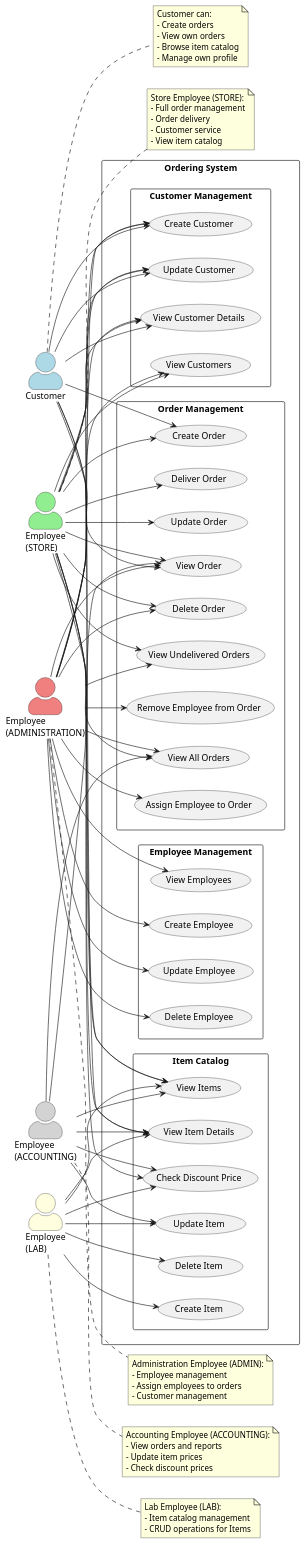
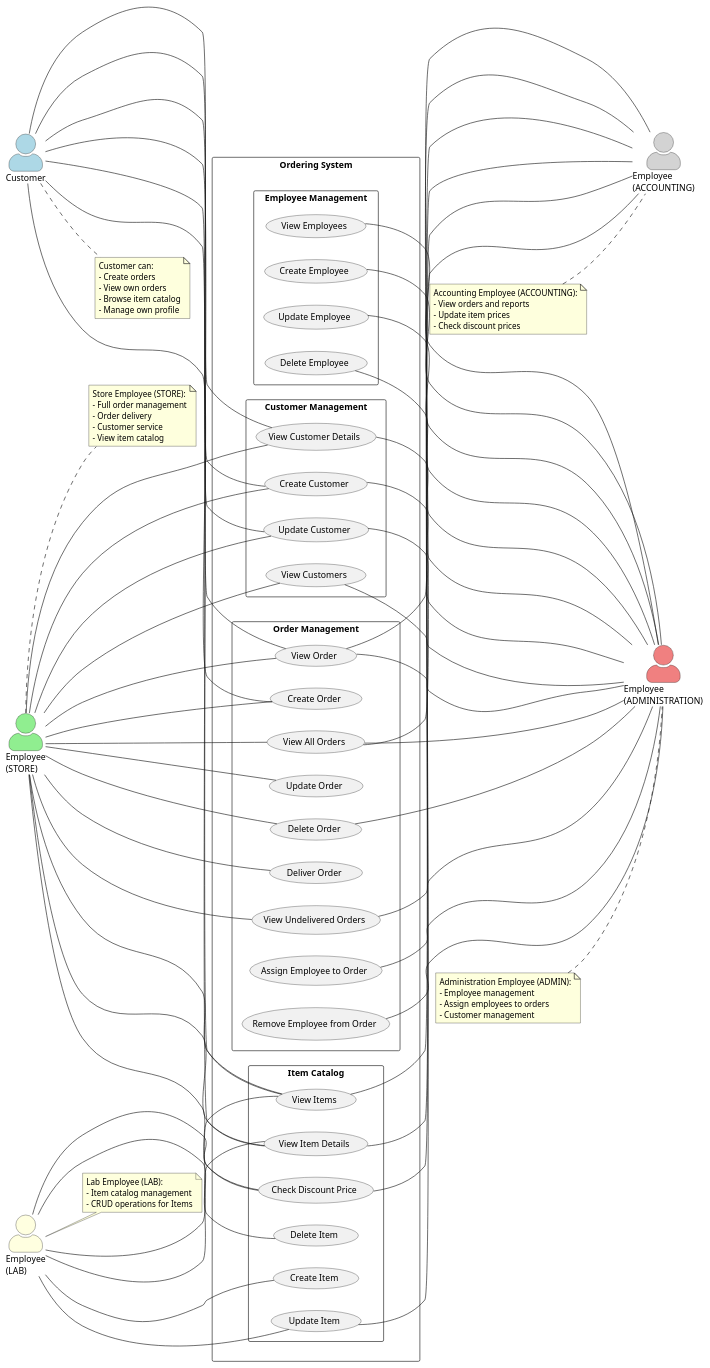
Before and after one commit to MacU55/Ordering-app-pet: the diagram in uml_examples/use_case_diagram.puml, drawn with PlantUML. The commit also changed 1 other file, not shown here.

Commit message:
refactoring; rearrange use-case diagramm

```diff
--- a/uml_examples/use_case_diagram.puml
+++ b/uml_examples/use_case_diagram.puml
@@ -1,151 +1,149 @@
 @startuml Use Case Diagram - Ordering System
 
 left to right direction
 skinparam packageStyle rectangle
 skinparam actorStyle awesome
 
 ' ===== ACTORS =====
 actor "Customer" as customer #lightblue
 actor "Employee\n(STORE)" as emp_store #lightgreen
 actor "Employee\n(LAB)" as emp_lab #lightyellow
 actor "Employee\n(ADMINISTRATION)" as emp_admin #lightcoral
 actor "Employee\n(ACCOUNTING)" as emp_accounting #lightgray
 
 ' ===== SYSTEM BOUNDARY =====
 rectangle "Ordering System" {
-    
-    ' --- Order Management ---
-    package "Order Management" {
-        usecase "Create Order" as UC_CREATE_ORDER
-        usecase "View Order" as UC_VIEW_ORDER
-        usecase "View All Orders" as UC_VIEW_ALL_ORDERS
-        usecase "Update Order" as UC_UPDATE_ORDER
-        usecase "Delete Order" as UC_DELETE_ORDER
-        usecase "Deliver Order" as UC_DELIVER_ORDER
-        usecase "View Undelivered Orders" as UC_UNDELIVERED
-        usecase "Assign Employee to Order" as UC_ASSIGN_EMP
-        usecase "Remove Employee from Order" as UC_REMOVE_EMP
+    left to right direction
+
+    together {
+        package "Order Management" {
+            usecase "Create Order" as UC_CREATE_ORDER
+            usecase "View Order" as UC_VIEW_ORDER
+            usecase "View All Orders" as UC_VIEW_ALL_ORDERS
+            usecase "Update Order" as UC_UPDATE_ORDER
+            usecase "Delete Order" as UC_DELETE_ORDER
+            usecase "Deliver Order" as UC_DELIVER_ORDER
+            usecase "View Undelivered Orders" as UC_UNDELIVERED
+            usecase "Assign Employee to Order" as UC_ASSIGN_EMP
+            usecase "Remove Employee from Order" as UC_REMOVE_EMP
+        }
+        package "Item Catalog" {
+            usecase "View Items" as UC_VIEW_ITEMS
+            usecase "View Item Details" as UC_VIEW_ITEM
+            usecase "Create Item" as UC_CREATE_ITEM
+            usecase "Update Item" as UC_UPDATE_ITEM
+            usecase "Delete Item" as UC_DELETE_ITEM
+            usecase "Check Discount Price" as UC_DISCOUNT
+        }
     }
-    
-    ' --- Item Catalog ---
-    package "Item Catalog" {
-        usecase "View Items" as UC_VIEW_ITEMS
-        usecase "View Item Details" as UC_VIEW_ITEM
-        usecase "Create Item" as UC_CREATE_ITEM
-        usecase "Update Item" as UC_UPDATE_ITEM
-        usecase "Delete Item" as UC_DELETE_ITEM
-        usecase "Check Discount Price" as UC_DISCOUNT
+    together {
+        package "Employee Management" {
+            usecase "View Employees" as UC_VIEW_EMPLOYEES
+            usecase "Create Employee" as UC_CREATE_EMPLOYEE
+            usecase "Update Employee" as UC_UPDATE_EMPLOYEE
+            usecase "Delete Employee" as UC_DELETE_EMPLOYEE
+        }
+        package "Customer Management" {
+            usecase "View Customers" as UC_VIEW_CUSTOMERS
+            usecase "View Customer Details" as UC_VIEW_CUSTOMER
+            usecase "Create Customer" as UC_CREATE_CUSTOMER
+            usecase "Update Customer" as UC_UPDATE_CUSTOMER
+        }
     }
-    
-    ' --- Employee Management ---
-    package "Employee Management" {
-        usecase "View Employees" as UC_VIEW_EMPLOYEES
-        usecase "Create Employee" as UC_CREATE_EMPLOYEE
-        usecase "Update Employee" as UC_UPDATE_EMPLOYEE
-        usecase "Delete Employee" as UC_DELETE_EMPLOYEE
-    }
-    
-    ' --- Customer Management ---
-    package "Customer Management" {
-        usecase "View Customers" as UC_VIEW_CUSTOMERS
-        usecase "View Customer Details" as UC_VIEW_CUSTOMER
-        usecase "Create Customer" as UC_CREATE_CUSTOMER
-        usecase "Update Customer" as UC_UPDATE_CUSTOMER
-    }
+
+    ' ===== CUSTOMER ASSOCIATIONS =====
+    customer --- UC_CREATE_ORDER
+    customer --- UC_VIEW_ORDER
+    customer --- UC_VIEW_ITEMS
+    customer --- UC_VIEW_ITEM
+    customer --- UC_VIEW_CUSTOMER
+    customer --- UC_CREATE_CUSTOMER
+    customer --- UC_UPDATE_CUSTOMER
+
+    ' ===== EMPLOYEE STORE ASSOCIATIONS =====
+    emp_store --- UC_CREATE_ORDER
+    emp_store --- UC_VIEW_ORDER
+    emp_store --- UC_VIEW_ALL_ORDERS
+    emp_store --- UC_UPDATE_ORDER
+    emp_store --- UC_DELETE_ORDER
+    emp_store --- UC_DELIVER_ORDER
+    emp_store --- UC_UNDELIVERED
+    emp_store --- UC_VIEW_ITEMS
+    emp_store --- UC_VIEW_ITEM
+    emp_store --- UC_DISCOUNT
+    emp_store --- UC_VIEW_CUSTOMERS
+    emp_store --- UC_VIEW_CUSTOMER
+    emp_store --- UC_CREATE_CUSTOMER
+    emp_store --- UC_UPDATE_CUSTOMER
+
+    ' ===== EMPLOYEE LAB ASSOCIATIONS =====
+    emp_lab --- UC_VIEW_ITEMS
+    emp_lab --- UC_VIEW_ITEM
+    emp_lab --- UC_CREATE_ITEM
+    emp_lab --- UC_UPDATE_ITEM
+    emp_lab --- UC_DELETE_ITEM
+    emp_lab --- UC_DISCOUNT
+
+    ' ===== EMPLOYEE ADMINISTRATION ASSOCIATIONS =====
+    UC_VIEW_ORDER --- emp_admin
+    UC_VIEW_ALL_ORDERS --- emp_admin
+    UC_DELETE_ORDER --- emp_admin
+    UC_UNDELIVERED --- emp_admin
+    UC_ASSIGN_EMP --- emp_admin
+    UC_REMOVE_EMP --- emp_admin
+    UC_VIEW_EMPLOYEES --- emp_admin
+    UC_CREATE_EMPLOYEE --- emp_admin
+    UC_UPDATE_EMPLOYEE --- emp_admin
+    UC_DELETE_EMPLOYEE --- emp_admin
+    UC_VIEW_CUSTOMERS --- emp_admin
+    UC_VIEW_CUSTOMER --- emp_admin
+    UC_CREATE_CUSTOMER --- emp_admin
+    UC_UPDATE_CUSTOMER --- emp_admin
+
+    ' ===== EMPLOYEE ACCOUNTING ASSOCIATIONS =====
+    UC_VIEW_ORDER --- emp_accounting
+    UC_VIEW_ALL_ORDERS --- emp_accounting
+    UC_VIEW_ITEMS --- emp_accounting
+    UC_VIEW_ITEM --- emp_accounting
+    UC_UPDATE_ITEM --- emp_accounting
+    UC_DISCOUNT --- emp_accounting
 }
-
-' ===== CUSTOMER ASSOCIATIONS =====
-customer --> UC_CREATE_ORDER
-customer --> UC_VIEW_ORDER
-customer --> UC_VIEW_ITEMS
-customer --> UC_VIEW_ITEM
-customer --> UC_VIEW_CUSTOMER
-customer --> UC_CREATE_CUSTOMER
-customer --> UC_UPDATE_CUSTOMER
-
-' ===== EMPLOYEE STORE ASSOCIATIONS =====
-emp_store --> UC_CREATE_ORDER
-emp_store --> UC_VIEW_ORDER
-emp_store --> UC_VIEW_ALL_ORDERS
-emp_store --> UC_UPDATE_ORDER
-emp_store --> UC_DELETE_ORDER
-emp_store --> UC_DELIVER_ORDER
-emp_store --> UC_UNDELIVERED
-emp_store --> UC_VIEW_ITEMS
-emp_store --> UC_VIEW_ITEM
-emp_store --> UC_DISCOUNT
-emp_store --> UC_VIEW_CUSTOMERS
-emp_store --> UC_VIEW_CUSTOMER
-emp_store --> UC_CREATE_CUSTOMER
-emp_store --> UC_UPDATE_CUSTOMER
-
-' ===== EMPLOYEE LAB ASSOCIATIONS =====
-emp_lab --> UC_VIEW_ITEMS
-emp_lab --> UC_VIEW_ITEM
-emp_lab --> UC_CREATE_ITEM
-emp_lab --> UC_UPDATE_ITEM
-emp_lab --> UC_DELETE_ITEM
-emp_lab --> UC_DISCOUNT
-
-' ===== EMPLOYEE ADMINISTRATION ASSOCIATIONS =====
-emp_admin --> UC_VIEW_ORDER
-emp_admin --> UC_VIEW_ALL_ORDERS
-emp_admin --> UC_DELETE_ORDER
-emp_admin --> UC_UNDELIVERED
-emp_admin --> UC_ASSIGN_EMP
-emp_admin --> UC_REMOVE_EMP
-emp_admin --> UC_VIEW_EMPLOYEES
-emp_admin --> UC_CREATE_EMPLOYEE
-emp_admin --> UC_UPDATE_EMPLOYEE
-emp_admin --> UC_DELETE_EMPLOYEE
-emp_admin --> UC_VIEW_CUSTOMERS
-emp_admin --> UC_VIEW_CUSTOMER
-emp_admin --> UC_CREATE_CUSTOMER
-emp_admin --> UC_UPDATE_CUSTOMER
-
-' ===== EMPLOYEE ACCOUNTING ASSOCIATIONS =====
-emp_accounting --> UC_VIEW_ORDER
-emp_accounting --> UC_VIEW_ALL_ORDERS
-emp_accounting --> UC_VIEW_ITEMS
-emp_accounting --> UC_VIEW_ITEM
-emp_accounting --> UC_UPDATE_ITEM
-emp_accounting --> UC_DISCOUNT
 
 ' ===== NOTES =====
 note right of customer
   Customer can:
   - Create orders
   - View own orders
   - Browse item catalog
   - Manage own profile
 end note
 
 note right of emp_store
   Store Employee (STORE):
   - Full order management
   - Order delivery
   - Customer service
   - View item catalog
 end note
 
 note right of emp_lab
   Lab Employee (LAB):
   - Item catalog management
   - CRUD operations for Items
 end note
 
-note right of emp_admin
+note left of emp_admin
   Administration Employee (ADMIN):
   - Employee management
   - Assign employees to orders
   - Customer management
 end note
 
-note right of emp_accounting
+note left of emp_accounting
   Accounting Employee (ACCOUNTING):
   - View orders and reports
   - Update item prices
   - Check discount prices
 end note
 
 @enduml
```
